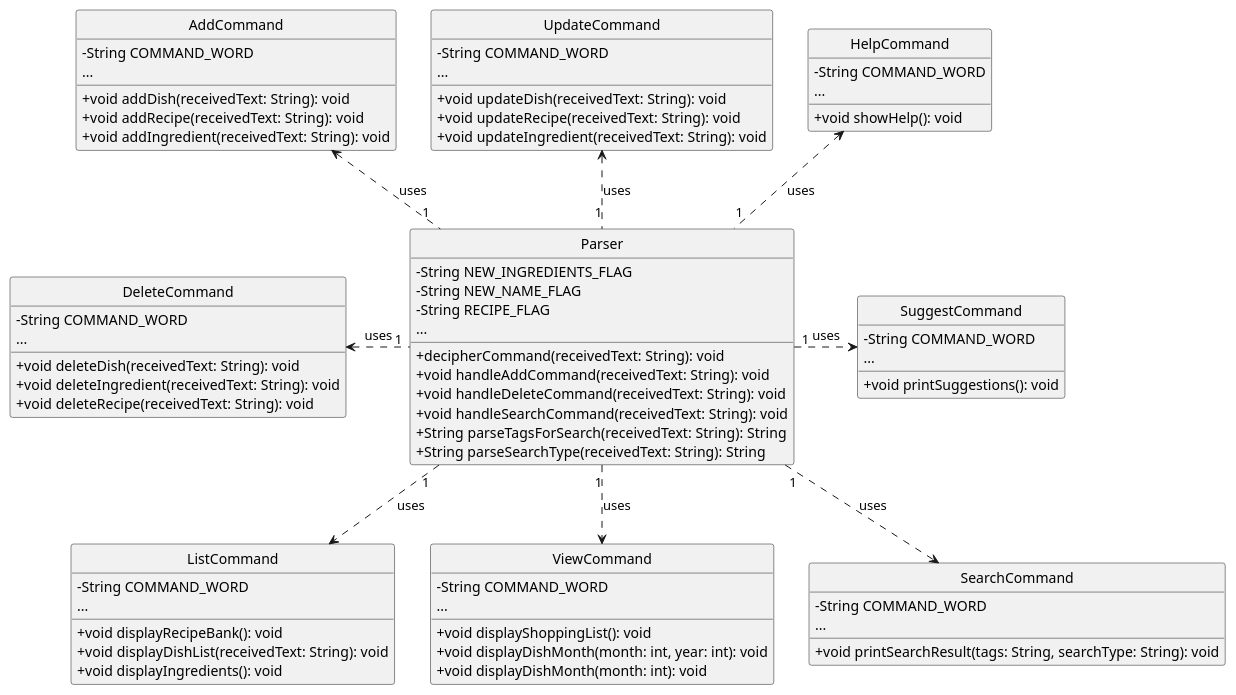
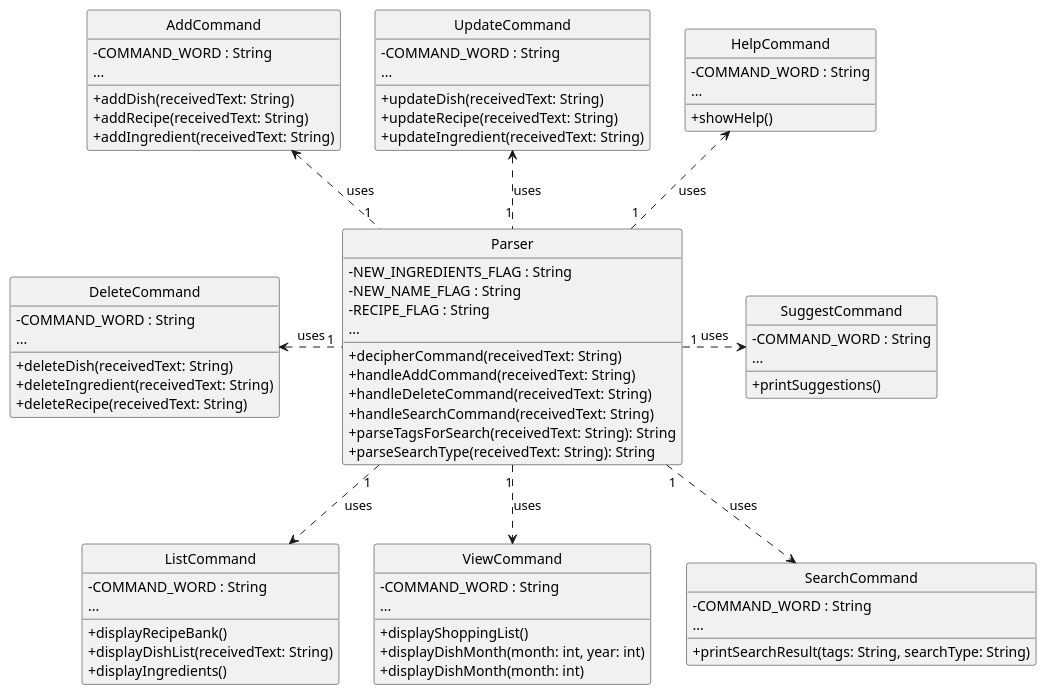
One commit to whalesyong/tp changed the diagram in src/main/java/seedu/cookingaids/diagrams/Parser.puml. Above: the diagram before and after it, drawn with PlantUML. The commit also changed 15 other files, not shown here.

Commit message:
Updated DG diagrams and PPP

```diff
--- a/src/main/java/seedu/cookingaids/diagrams/Parser.puml
+++ b/src/main/java/seedu/cookingaids/diagrams/Parser.puml
@@ -1,87 +1,87 @@
 @startuml
 
 hide circle
 skinparam classAttributeIconSize 0
 
 class Parser {
-    - String NEW_INGREDIENTS_FLAG
-    - String NEW_NAME_FLAG
-    - String RECIPE_FLAG
-    + decipherCommand(receivedText: String): void
-    + void handleAddCommand(receivedText: String): void
-    + void handleDeleteCommand(receivedText: String): void
-    + void handleSearchCommand(receivedText: String): void
-    + String parseTagsForSearch(receivedText: String): String
-    + String parseSearchType(receivedText: String): String
+    - NEW_INGREDIENTS_FLAG : String
+    - NEW_NAME_FLAG : String
+    - RECIPE_FLAG : String
+    + decipherCommand(receivedText: String)
+    + handleAddCommand(receivedText: String)
+    + handleDeleteCommand(receivedText: String)
+    + handleSearchCommand(receivedText: String)
+    + parseTagsForSearch(receivedText: String): String
+    + parseSearchType(receivedText: String): String
     ...
 }
 
 class ListCommand {
-    - String COMMAND_WORD
-    + void displayRecipeBank(): void
-    + void displayDishList(receivedText: String): void
-    + void displayIngredients(): void
+    - COMMAND_WORD : String
+    + displayRecipeBank()
+    + displayDishList(receivedText: String)
+    + displayIngredients()
     ...
 }
 
 class AddCommand {
-    - String COMMAND_WORD
-    + void addDish(receivedText: String): void
-    + void addRecipe(receivedText: String): void
-    + void addIngredient(receivedText: String): void
+    - COMMAND_WORD : String
+    + addDish(receivedText: String)
+    + addRecipe(receivedText: String)
+    + addIngredient(receivedText: String)
     ...
 }
 
 class DeleteCommand {
-    - String COMMAND_WORD
-    + void deleteDish(receivedText: String): void
-    + void deleteIngredient(receivedText: String): void
-    + void deleteRecipe(receivedText: String): void
+    - COMMAND_WORD : String
+    + deleteDish(receivedText: String)
+    + deleteIngredient(receivedText: String)
+    + deleteRecipe(receivedText: String)
     ...
 }
 
 class UpdateCommand {
-    - String COMMAND_WORD
-    + void updateDish(receivedText: String): void
-    + void updateRecipe(receivedText: String): void
-    + void updateIngredient(receivedText: String): void
+    - COMMAND_WORD : String
+    + updateDish(receivedText: String)
+    + updateRecipe(receivedText: String)
+    + updateIngredient(receivedText: String)
     ...
 }
 
 class ViewCommand {
-    - String COMMAND_WORD
-    + void displayShoppingList(): void
-    + void displayDishMonth(month: int, year: int): void
-    + void displayDishMonth(month: int): void
+    - COMMAND_WORD : String
+    + displayShoppingList()
+    + displayDishMonth(month: int, year: int)
+    + displayDishMonth(month: int)
     ...
 }
 
 class HelpCommand {
-    - String COMMAND_WORD
-    + void showHelp(): void
+    - COMMAND_WORD : String
+    + showHelp()
     ...
 }
 
 class SuggestCommand {
-    - String COMMAND_WORD
-    + void printSuggestions(): void
+    - COMMAND_WORD : String
+    + printSuggestions()
     ...
 }
 
 class SearchCommand {
-    - String COMMAND_WORD
-    + void printSearchResult(tags: String, searchType: String): void
+    - COMMAND_WORD : String
+    + printSearchResult(tags: String, searchType: String)
     ...
 }
 
 Parser "1" .up.> HelpCommand : "uses"
 Parser "1" .up.> UpdateCommand : "uses"
 Parser "1" .up.> AddCommand : "uses"
 DeleteCommand <. "1" Parser : "uses"
 Parser "1" ..> ListCommand : "uses"
 Parser "1" .> SuggestCommand : "uses"
 Parser "1" ..> SearchCommand : "uses"
 Parser "1" ..> ViewCommand : "uses"
 
 
 @enduml
```
